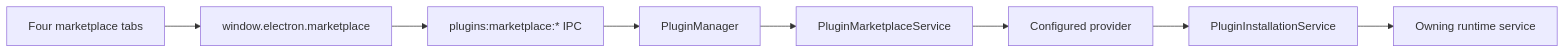
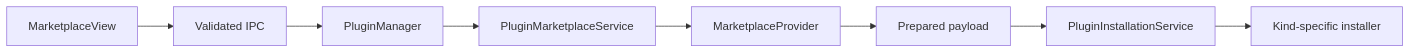
The first of 3 diagrams in docs/architecture/16-skill-marketplace-adapter.md (liangxhao/JustDo), drawn with Mermaid before and after one commit. The commit also changed other lines of this file and 29 other files, not shown here.

````diff
--- a/docs/architecture/16-skill-marketplace-adapter.md
+++ b/docs/architecture/16-skill-marketplace-adapter.md
@@ -19,10 +13,13 @@
 ```mermaid
 flowchart LR
-  UI["Four marketplace tabs"] --> Preload["window.electron.marketplace"]
-  Preload --> IPC["plugins:marketplace:* IPC"]
-  IPC --> Manager["PluginManager"]
-  Manager --> Market["PluginMarketplaceService"]
-  Market --> Provider["Configured provider"]
-  Provider --> Install["PluginInstallationService"]
-  Install --> Runtime["Owning runtime service"]
+  UI[MarketplaceView]
+  IPC[Validated IPC]
+  Manager[PluginManager]
+  Service[PluginMarketplaceService]
+  Provider[MarketplaceProvider]
+  Prep[Prepared payload]
+  Install[PluginInstallationService]
+  Owner[Kind-specific installer]
+  UI --> IPC --> Manager --> Service --> Provider
+  Provider --> Prep --> Install --> Owner
 ```
````
